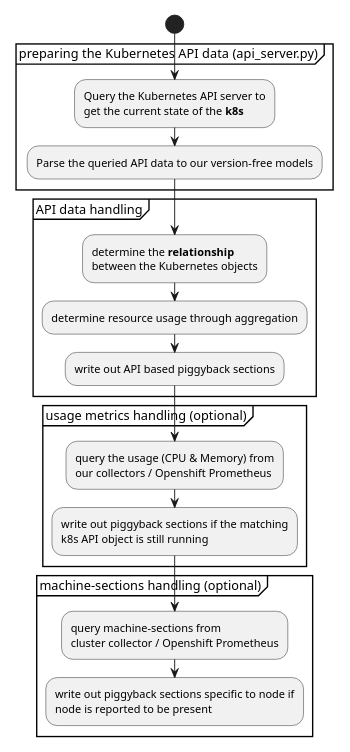
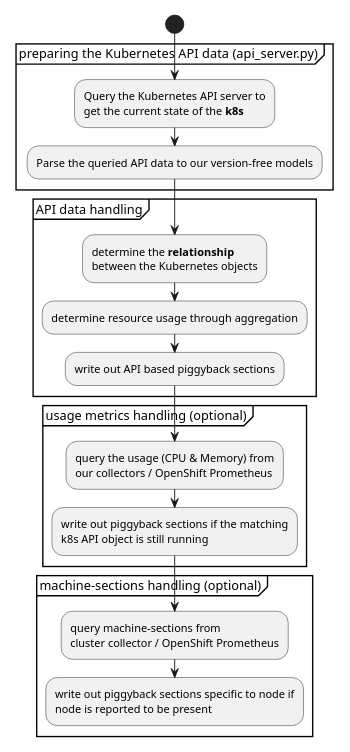
One commit to Checkmk/checkmk changed the diagram in doc/documentation/arch-comp-kube-monitoring-agent-flow.puml. Above: the diagram before and after it, drawn with PlantUML. The commit also changed 2 other files, not shown here.

```diff
--- a/doc/documentation/arch-comp-kube-monitoring-agent-flow.puml
+++ b/doc/documentation/arch-comp-kube-monitoring-agent-flow.puml
@@ -1,27 +1,27 @@
 @startuml
 scale 0.6
 start
 partition preparing the Kubernetes API data (api_server.py) {
 :Query the Kubernetes API server to
 get the current state of the **k8s**;
 :Parse the queried API data to our version-free models;
 }
 partition API data handling {
 :determine the **relationship**
 between the Kubernetes objects;
 :determine resource usage through aggregation;
 :write out API based piggyback sections;
 }
 partition usage metrics handling (optional) {
 :query the usage (CPU & Memory) from
-our collectors / Openshift Prometheus;
+our collectors / OpenShift Prometheus;
 :write out piggyback sections if the matching
 k8s API object is still running;
 }
 partition machine-sections handling (optional) {
 :query machine-sections from
-cluster collector / Openshift Prometheus;
+cluster collector / OpenShift Prometheus;
 :write out piggyback sections specific to node if
 node is reported to be present;
 }
 @enduml
```
